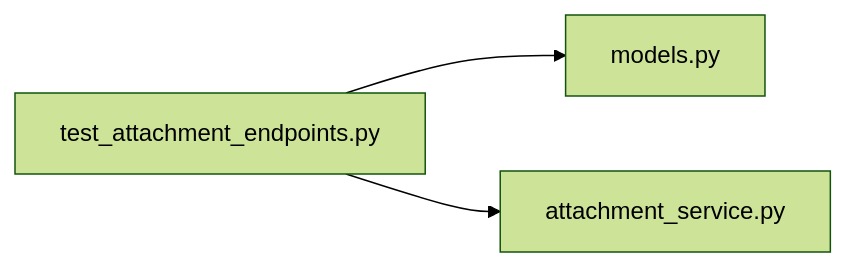
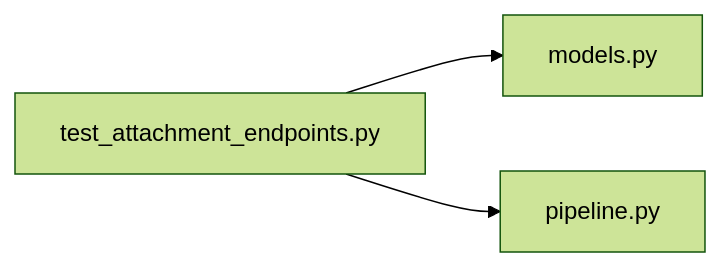
One commit to minkong-dev/Banblit changed the diagram in .cluedoc/graph/backend/tests/integration/db/test_attachment_endpoints.md. Above: the diagram before and after it, drawn with Mermaid (forest theme). The commit also changed other lines of this file and 50 other files, not shown here.

First line of the commit message:
backend: keep tunable limits and call order in each module's pipeline

````diff
--- a/.cluedoc/graph/backend/tests/integration/db/test_attachment_endpoints.md
+++ b/.cluedoc/graph/backend/tests/integration/db/test_attachment_endpoints.md
@@ -10,6 +10,6 @@
 ```mermaid
 flowchart LR
   backend_tests_integration_db_test_attachment_endpoints["test_attachment_endpoints.py"]
   backend_tests_integration_db_test_attachment_endpoints --> backend_src_backend_db_models["models.py"]
-  backend_tests_integration_db_test_attachment_endpoints --> backend_src_backend_services_board_attachment_service["attachment_service.py"]
+  backend_tests_integration_db_test_attachment_endpoints --> backend_src_backend_services_board_pipeline["pipeline.py"]
 ```
````
